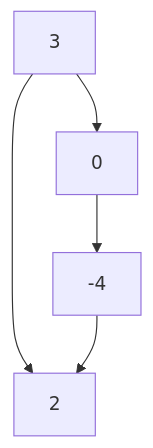
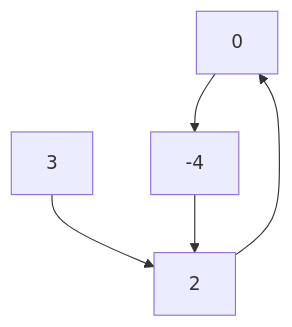
The first of 3 diagrams in amazon_prep/easy/04_linked_list_cycle/problem.md (abdielreyes/algorithms_n_data_structures), drawn with Mermaid before and after one commit.

Commit message:
feat: added problem linked list cycle

````diff
--- a/amazon_prep/easy/04_linked_list_cycle/problem.md
+++ b/amazon_prep/easy/04_linked_list_cycle/problem.md
@@ -10,7 +10,7 @@
 ```mermaid
 graph TD;
     3-->2
-    3-->0
+    2-->0
     0-->-4
     -4-->2
 ```
````
